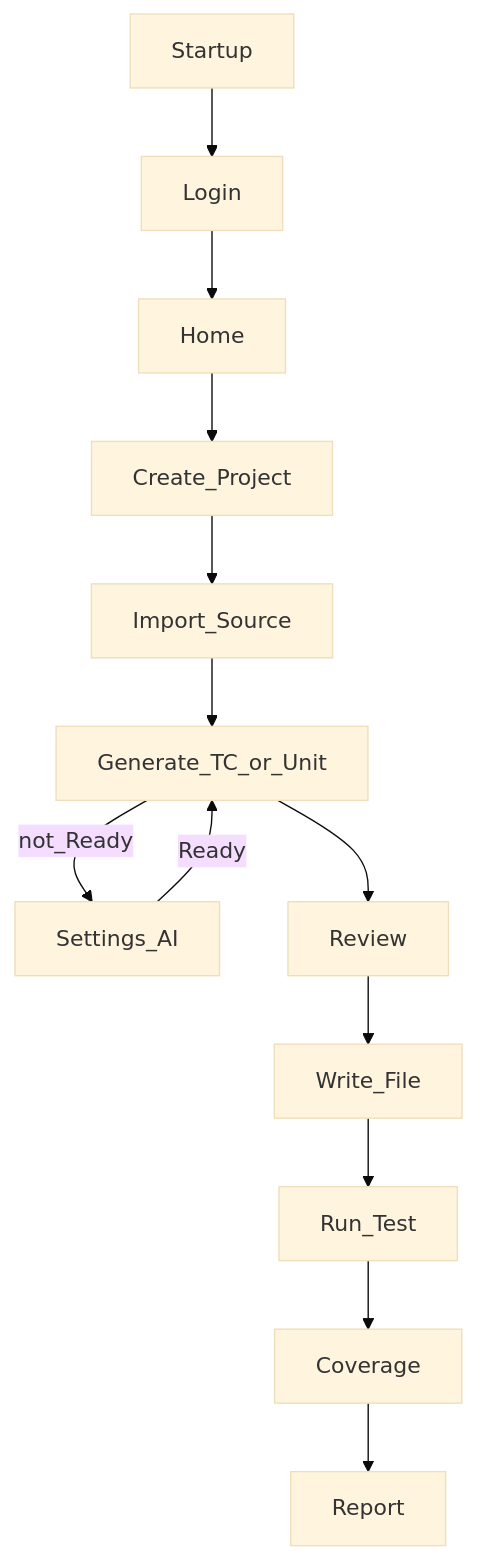
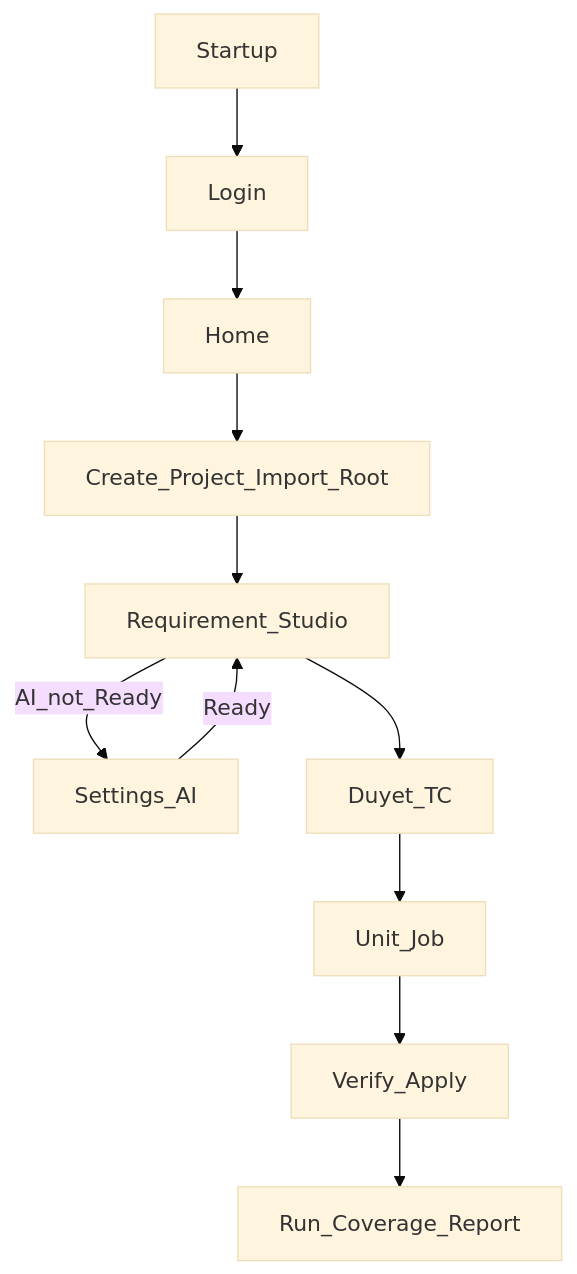
The second of 3 diagrams in KIEN_TRUC_DU_AN.md (lehoailam1999/AiTest), drawn with Mermaid (base theme) before and after one commit. The commit also changed other lines of this file and 110 other files, not shown here.

````diff
--- a/KIEN_TRUC_DU_AN.md
+++ b/KIEN_TRUC_DU_AN.md
@@ -318,15 +255,13 @@
 ```mermaid
 flowchart TD
   S[Startup] --> L[Login]
   L --> H[Home]
-  H --> CP[Create_Project]
-  CP --> IMP[Import_Source]
-  IMP --> GEN[Generate_TC_or_Unit]
-  GEN -->|not_Ready| ST[Settings_AI]
-  ST -->|Ready| GEN
-  GEN --> REV[Review]
-  REV --> WF[Write_File]
-  WF --> RUN[Run_Test]
-  RUN --> COV[Coverage]
-  COV --> REP[Report]
+  H --> CP[Create_Project_Import_Root]
+  CP --> STU[Requirement_Studio]
+  STU -->|AI_not_Ready| AI[Settings_AI]
+  AI -->|Ready| STU
+  STU --> REV[Duyet_TC]
+  REV --> UNIT[Unit_Job]
+  UNIT --> VER[Verify_Apply]
+  VER --> RUN[Run_Coverage_Report]
 ```
````
